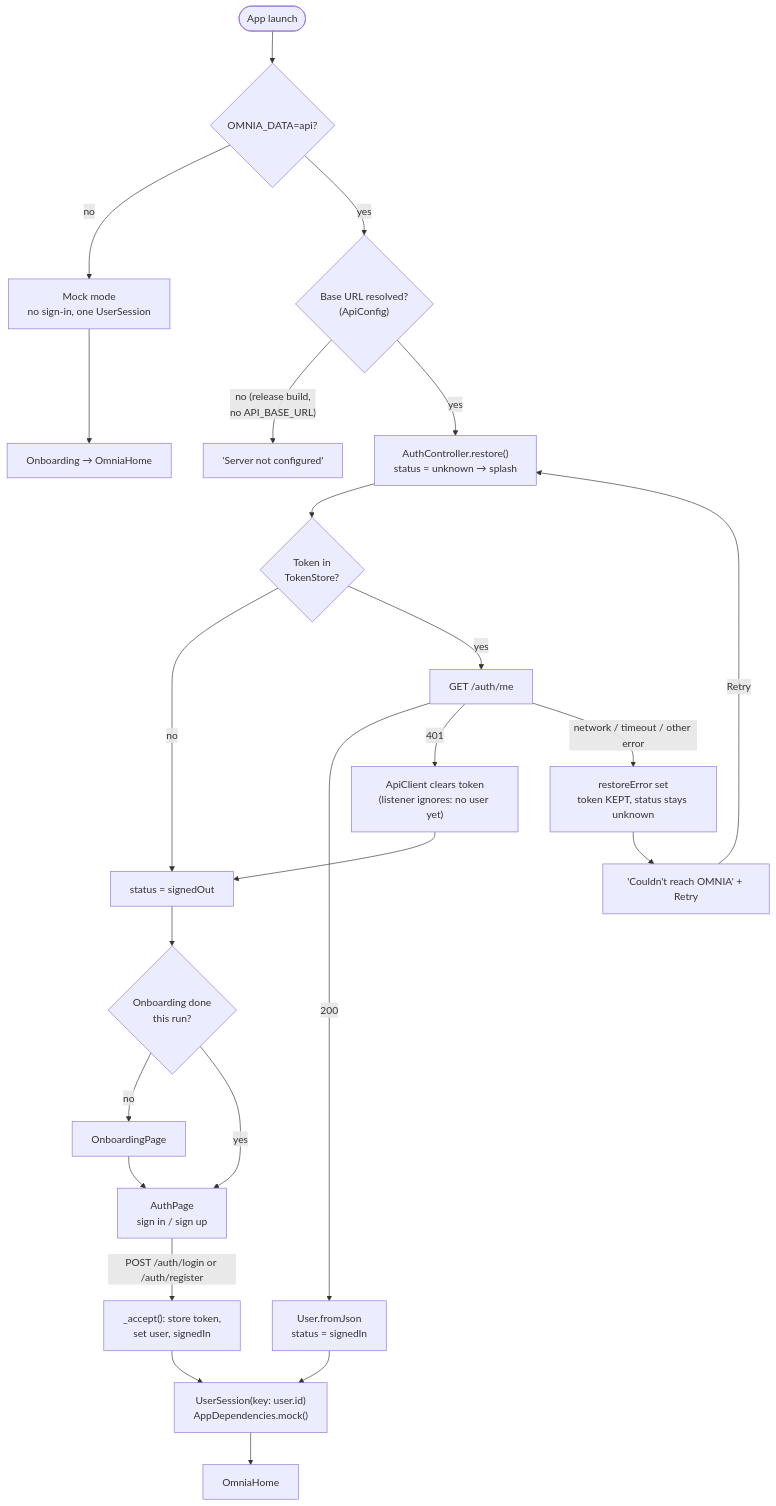
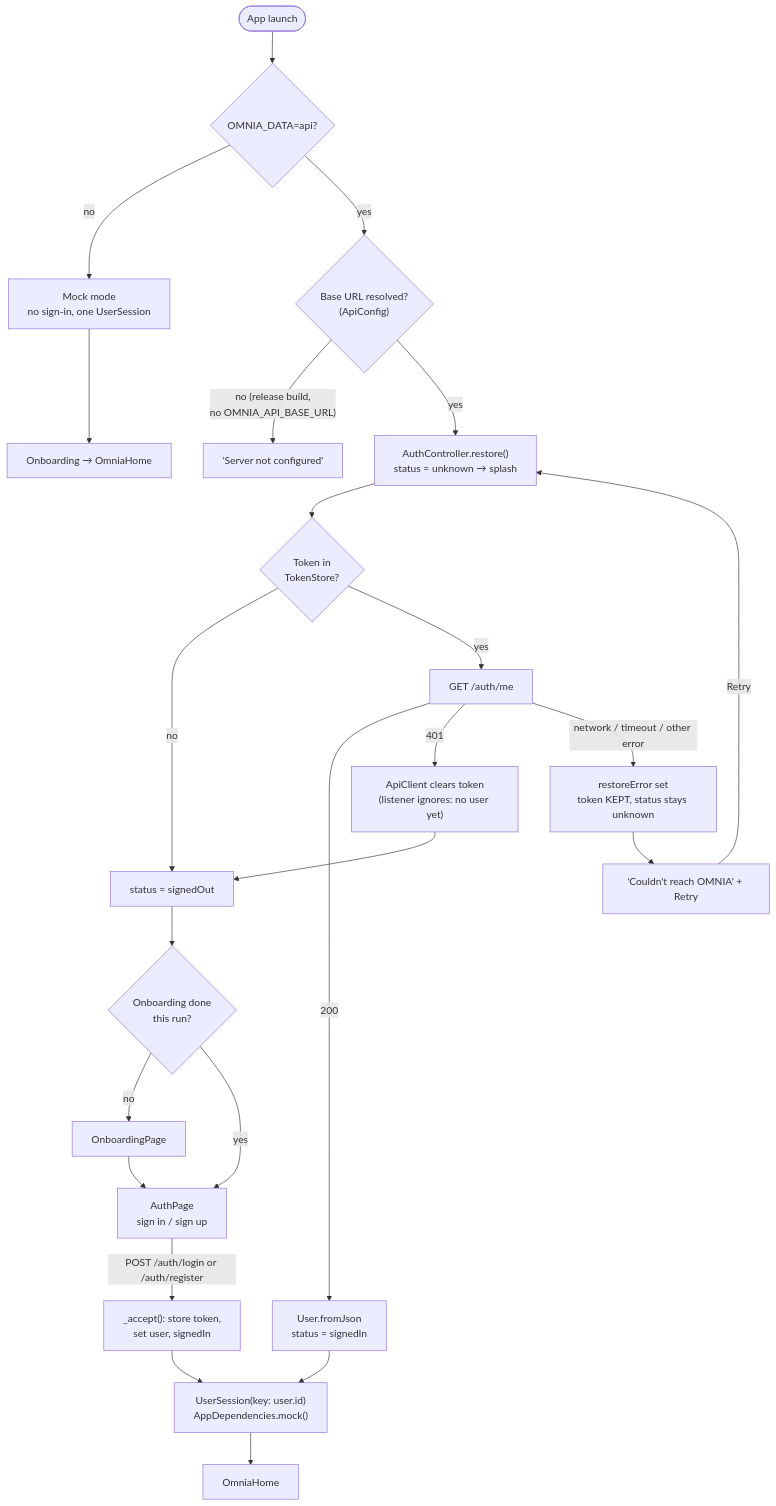
Before and after one commit to Gaoher-1207/omnia: the first of 2 diagrams in docs/omnia-vault/Architecture/Authentication Flow.md, drawn with Mermaid. The commit also changed 12 other files, not shown here.

````diff
--- a/docs/omnia-vault/Architecture/Authentication Flow.md
+++ b/docs/omnia-vault/Architecture/Authentication Flow.md
@@ -18,20 +18,20 @@
 ```mermaid
 flowchart TD
     L([App launch]) --> M{"OMNIA_DATA=api?"}
     M -- no --> MOCK["Mock mode<br/>no sign-in, one UserSession"] --> ONB1["Onboarding → OmniaHome"]
     M -- yes --> URL{"Base URL resolved?<br/>(ApiConfig)"}
-    URL -- "no (release build,<br/>no API_BASE_URL)" --> MISS["'Server not configured'"]
+    URL -- "no (release build,<br/>no OMNIA_API_BASE_URL)" --> MISS["'Server not configured'"]
     URL -- yes --> R["AuthController.restore()<br/>status = unknown → splash"]
     R --> TOK{"Token in<br/>TokenStore?"}
     TOK -- no --> OUT["status = signedOut"]
     TOK -- yes --> ME["GET /auth/me"]
     ME -- "200" --> USER["User.fromJson<br/>status = signedIn"]
     USER --> SESS["UserSession(key: user.id)<br/>AppDependencies.mock()"] --> HOME["OmniaHome"]
     ME -- "401" --> CLR["ApiClient clears token<br/>(listener ignores: no user yet)"] --> OUT
     ME -- "network / timeout / other error" --> ERR["restoreError set<br/>token KEPT, status stays unknown"]
     ERR --> RETRY["'Couldn't reach OMNIA' + Retry"] -- Retry --> R
     OUT --> OB{"Onboarding done<br/>this run?"}
     OB -- no --> ONB2["OnboardingPage"] --> AUTHP
     OB -- yes --> AUTHP["AuthPage<br/>sign in / sign up"]
     AUTHP -- "POST /auth/login or /auth/register" --> ACC["_accept(): store token,<br/>set user, signedIn"] --> SESS
 ```
````
